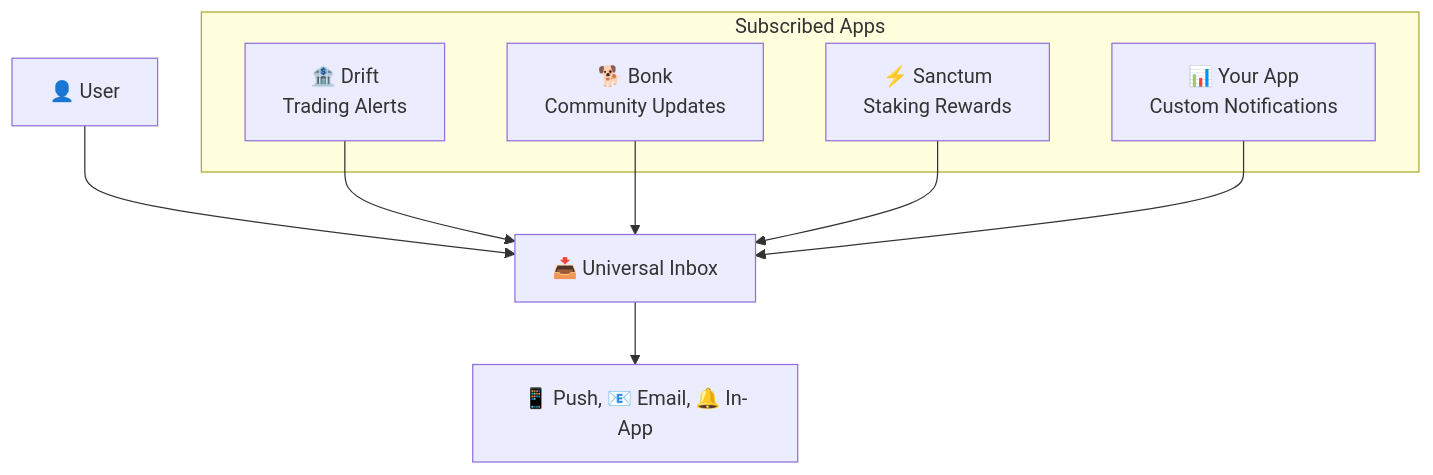
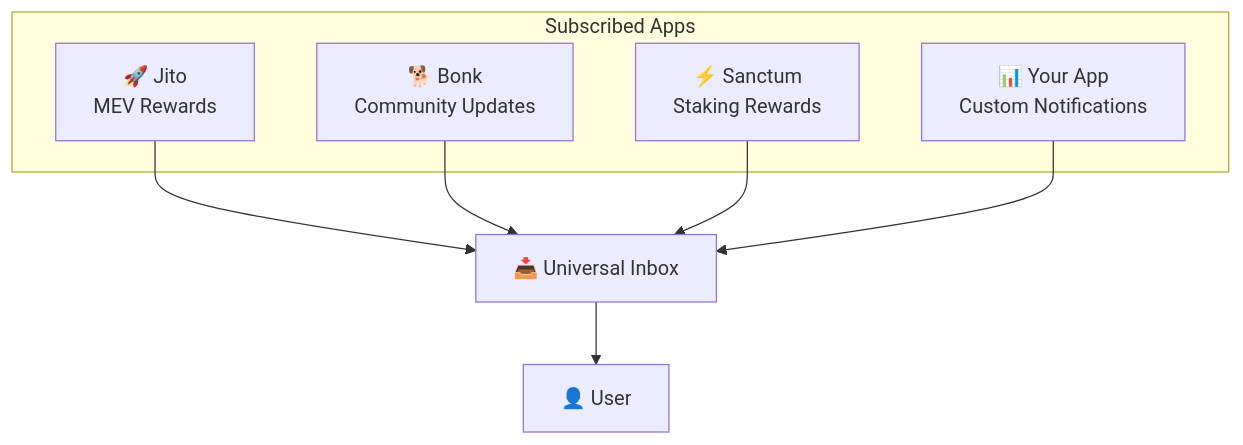
The diagram in docs/alerts/integrate-inbox/universal-inbox.md (dialectlabs/docs), drawn with Mermaid before and after one commit. The commit also changed other lines of this file, not shown here.

Commit message:
chore: diagram update

````diff
--- a/docs/alerts/integrate-inbox/universal-inbox.md
+++ b/docs/alerts/integrate-inbox/universal-inbox.md
@@ -15,18 +15,16 @@
 ```mermaid
 graph TB
-    User[👤 User] --> Inbox[📥 Universal Inbox]
-    
     subgraph "Subscribed Apps"
-        App1[🏦 Drift<br/>Trading Alerts]
+        App1[🚀 Jito<br/>MEV Rewards]
         App2[🐕 Bonk<br/>Community Updates] 
         App3[⚡ Sanctum<br/>Staking Rewards]
         App4[📊 Your App<br/>Custom Notifications]
     end
     
-    App1 --> Inbox
+    App1 --> Inbox[📥 Universal Inbox]
     App2 --> Inbox
     App3 --> Inbox
     App4 --> Inbox
     
-    Inbox --> Channels[📱 Push, 📧 Email, 🔔 In-App]
+    Inbox --> User[👤 User]
 ```
````
